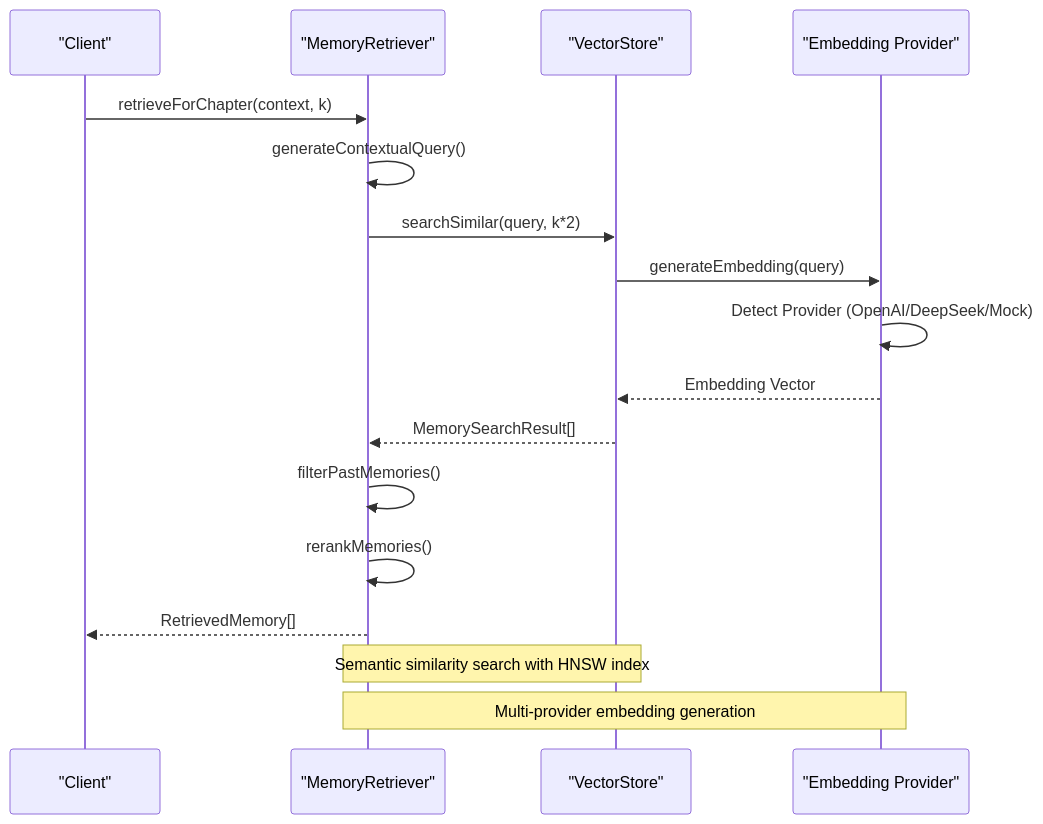
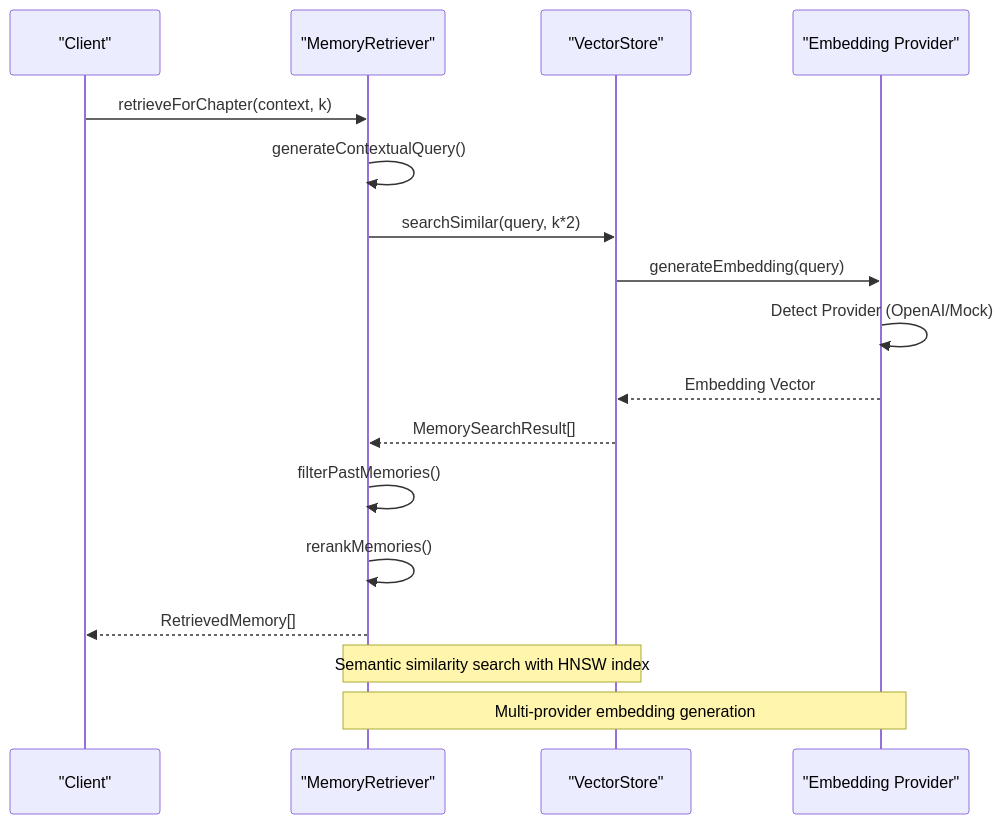
Before and after one commit to liwonder/NARRITIVE_OS: the third of 10 diagrams in .qoder/repowiki/en/content/Memory Management System/Vector Memory System.md, drawn with Mermaid. The commit also changed other lines of this file and 12 other files, not shown here.

````diff
--- a/.qoder/repowiki/en/content/Memory Management System/Vector Memory System.md
+++ b/.qoder/repowiki/en/content/Memory Management System/Vector Memory System.md
@@ -161,19 +160,19 @@
 ```mermaid
 sequenceDiagram
 participant Client as "Client"
 participant MR as "MemoryRetriever"
 participant VS as "VectorStore"
 participant EMB as "Embedding Provider"
 Client->>MR : retrieveForChapter(context, k)
 MR->>MR : generateContextualQuery()
 MR->>VS : searchSimilar(query, k*2)
 VS->>EMB : generateEmbedding(query)
-EMB->>EMB : Detect Provider (OpenAI/DeepSeek/Mock)
+EMB->>EMB : Detect Provider (OpenAI/Mock)
 EMB-->>VS : Embedding Vector
 VS-->>MR : MemorySearchResult[]
 MR->>MR : filterPastMemories()
 MR->>MR : rerankMemories()
 MR-->>Client : RetrievedMemory[]
 Note over MR,VS : Semantic similarity search with HNSW index
 Note over MR,EMB : Multi-provider embedding generation
 ```
````
